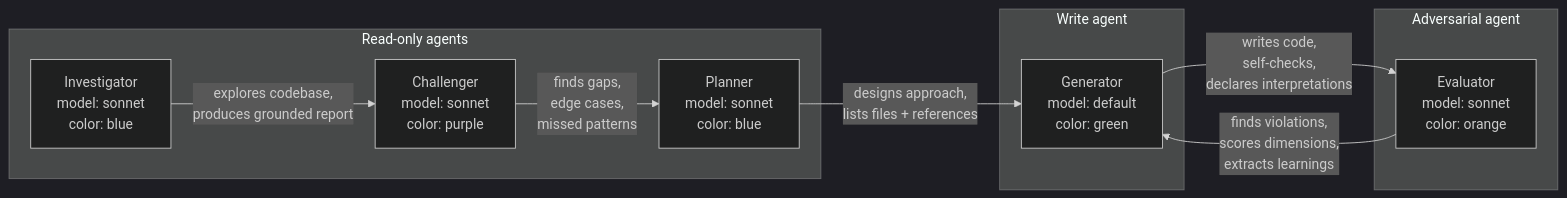
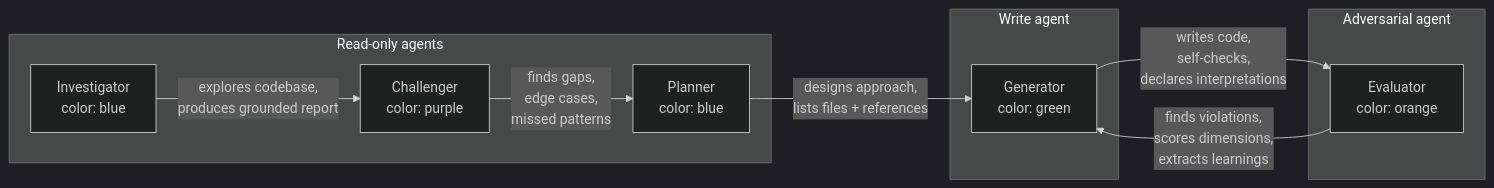
Before and after one commit to denniscalazans/denniscalazans-plugins: the second of 3 diagrams in plugins/forge/skills/implement/references/architecture.md, drawn with Mermaid (dark theme). The commit also changed other lines of this file, not shown here.

First line of the commit message:
fix(forge): correct architecture diagram after verification audit

````diff
--- a/plugins/forge/skills/implement/references/architecture.md
+++ b/plugins/forge/skills/implement/references/architecture.md
@@ -64,22 +65,22 @@
 ```mermaid
 flowchart LR
     subgraph "Read-only agents"
-        INV2[Investigator\nmodel: sonnet\ncolor: blue]
-        CHALL2[Challenger\nmodel: sonnet\ncolor: purple]
-        PLAN2[Planner\nmodel: sonnet\ncolor: blue]
+        INV2[Investigator\ncolor: blue]
+        CHALL2[Challenger\ncolor: purple]
+        PLAN2[Planner\ncolor: blue]
     end
 
     subgraph "Write agent"
-        GEN2[Generator\nmodel: default\ncolor: green]
+        GEN2[Generator\ncolor: green]
     end
 
     subgraph "Adversarial agent"
-        EVAL2[Evaluator\nmodel: sonnet\ncolor: orange]
+        EVAL2[Evaluator\ncolor: orange]
     end
 
     INV2 -->|"explores codebase,\nproduces grounded report"| CHALL2
     CHALL2 -->|"finds gaps,\nedge cases,\nmissed patterns"| PLAN2
     PLAN2 -->|"designs approach,\nlists files + references"| GEN2
     GEN2 -->|"writes code,\nself-checks,\ndeclares interpretations"| EVAL2
     EVAL2 -->|"finds violations,\nscores dimensions,\nextracts learnings"| GEN2
 ```
````
